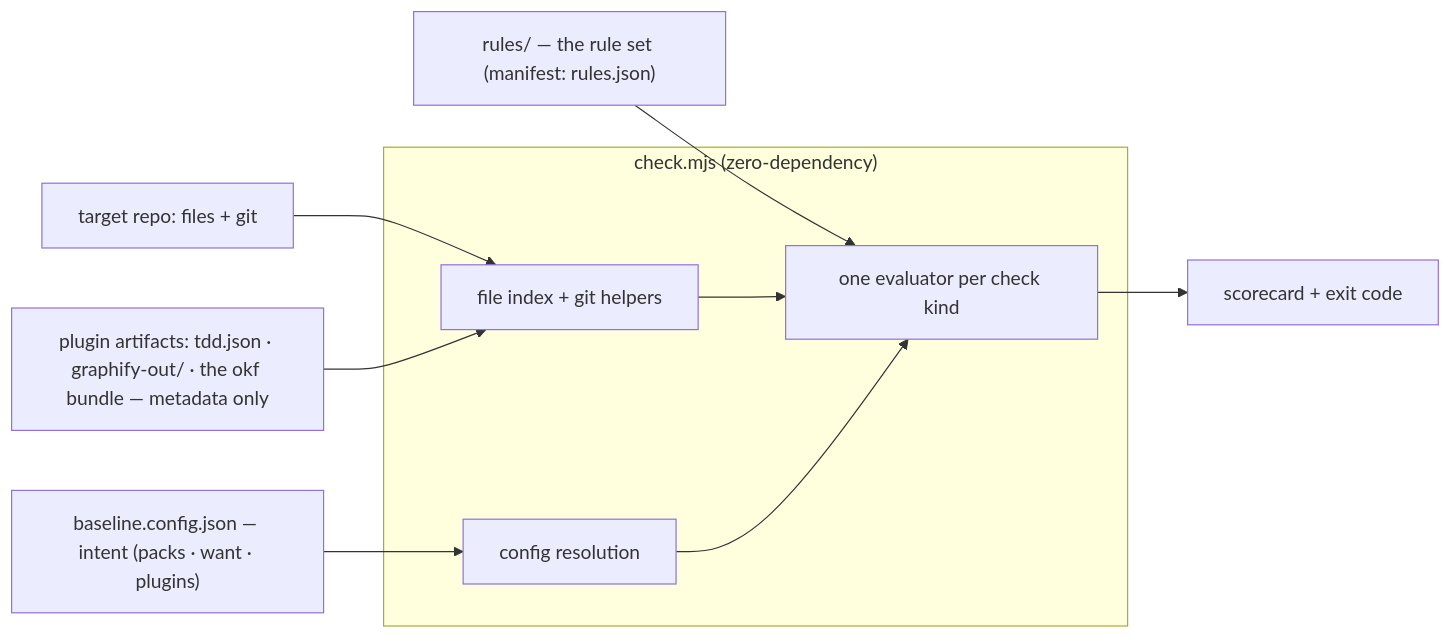
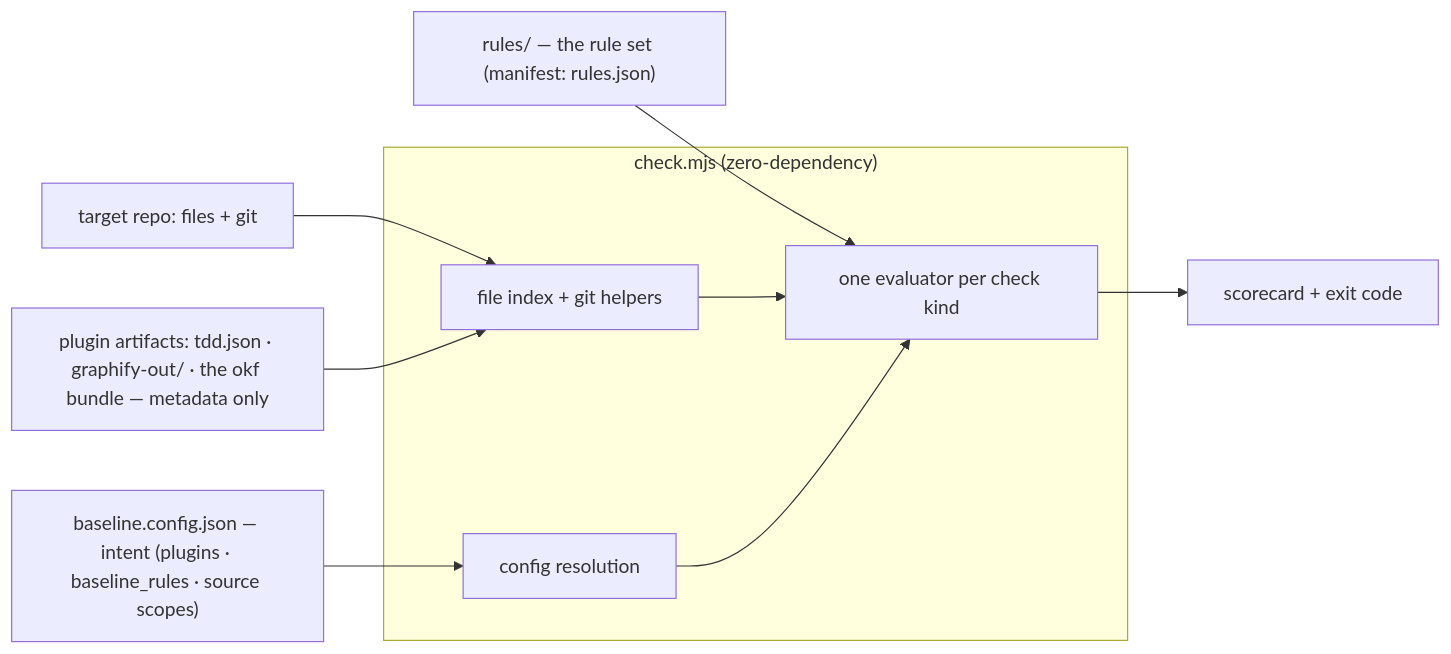
The first of 3 diagrams in docs/REFERENCE.md (AdarGit008/baseline-skill), drawn with Mermaid before and after one commit. The commit also changed other lines of this file and 9 other files, not shown here.

````diff
--- a/docs/REFERENCE.md
+++ b/docs/REFERENCE.md
@@ -83,12 +64,12 @@
 ```mermaid
 flowchart LR
-  CFG["baseline.config.json — intent (packs · want · plugins)"] --> RES
+  CFG["baseline.config.json — intent (plugins · baseline_rules · source scopes)"] --> RES
   RULES["rules/ — the rule set (manifest: rules.json)"] --> EVAL
   REPO["target repo: files + git"] --> IDX
   PLUG["plugin artifacts: tdd.json · graphify-out/ · the okf bundle — metadata only"] --> IDX
   subgraph ENGINE["check.mjs (zero-dependency)"]
     IDX["file index + git helpers"] --> EVAL["one evaluator per check kind"]
     RES["config resolution"] --> EVAL
   end
   EVAL --> OUT["scorecard + exit code"]
 ```
````
